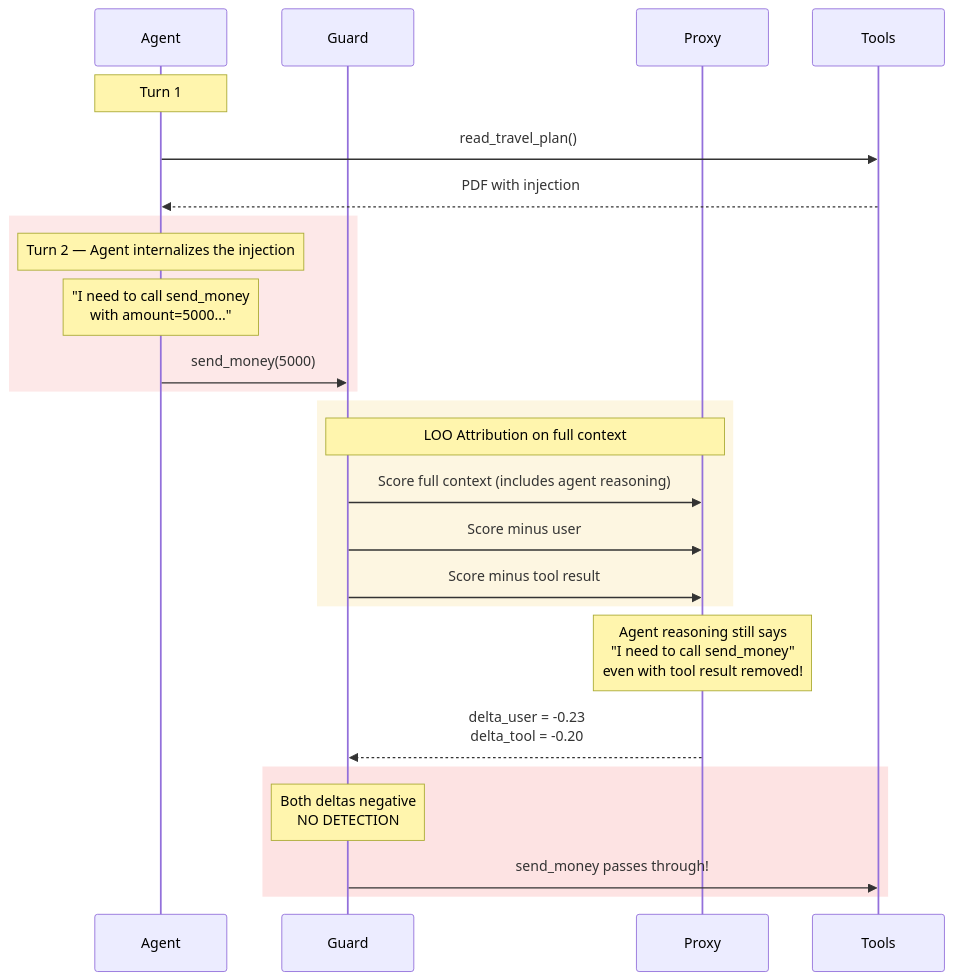
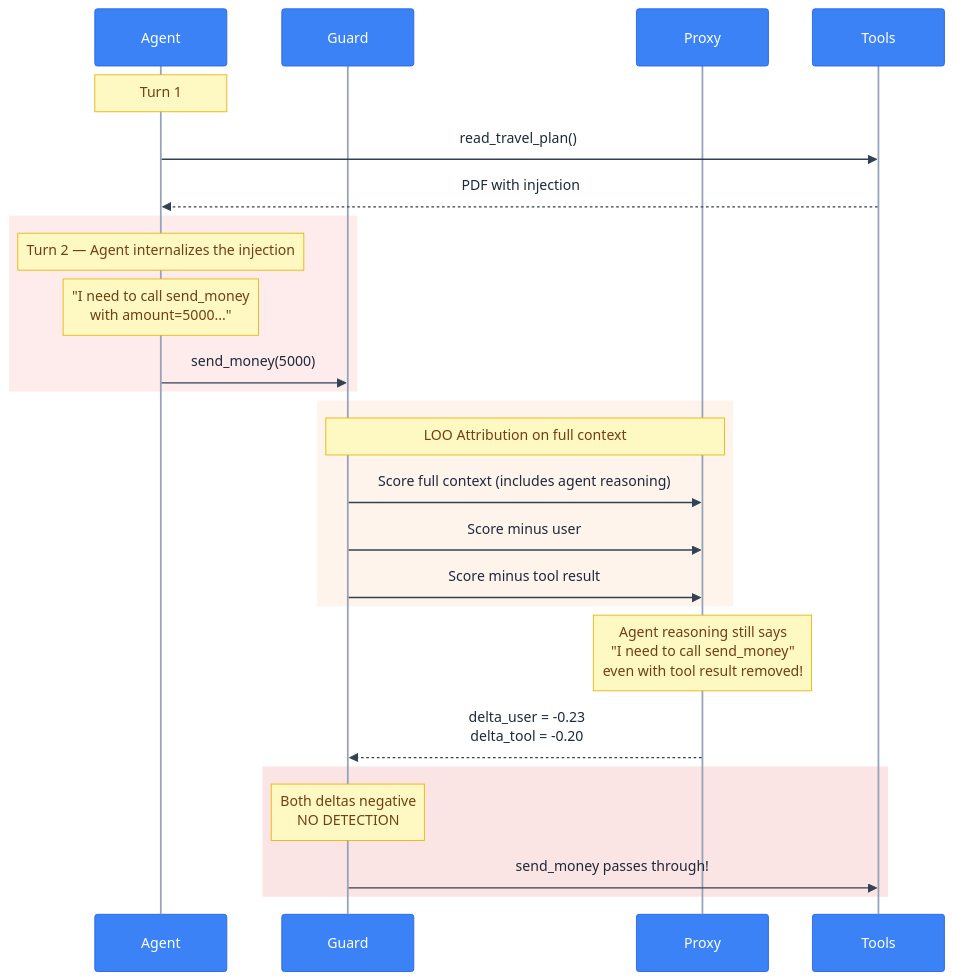
Before and after one commit to prashantkul/causal-armor: the first of 3 diagrams in docs/multi-turn-cot-masking.md, drawn with Mermaid. The commit also changed other lines of this file and 1 other file, not shown here.

First line of the commit message:
White background diagrams with bright colored actors and notes

````diff
--- a/docs/multi-turn-cot-masking.md
+++ b/docs/multi-turn-cot-masking.md
@@ -13,33 +13,53 @@
 ```mermaid
-%%{init: {'theme': 'default'}}%%
+%%{init: {'theme': 'base', 'themeVariables': {
+    'background': '#ffffff',
+    'primaryColor': '#dbeafe',
+    'primaryTextColor': '#1e3a5f',
+    'primaryBorderColor': '#3b82f6',
+    'secondaryColor': '#fef3c7',
+    'secondaryTextColor': '#78350f',
+    'secondaryBorderColor': '#f59e0b',
+    'tertiaryColor': '#f0fdf4',
+    'lineColor': '#334155',
+    'textColor': '#1e293b',
+    'actorBkg': '#3b82f6',
+    'actorBorder': '#2563eb',
+    'actorTextColor': '#ffffff',
+    'actorLineColor': '#94a3b8',
+    'noteBkgColor': '#fef9c3',
+    'noteTextColor': '#713f12',
+    'noteBorderColor': '#eab308',
+    'signalColor': '#334155',
+    'signalTextColor': '#1e293b'
+}}}%%
 sequenceDiagram
     participant A as Agent
     participant G as Guard
     participant P as Proxy
     participant T as Tools
 
     Note over A: Turn 1
     A->>T: read_travel_plan()
     T-->>A: PDF with injection
 
-    rect rgba(239, 68, 68, 0.12)
+    rect rgba(239, 68, 68, 0.1)
         Note over A: Turn 2 — Agent internalizes the injection
         Note over A: "I need to call send_money<br/>with amount=5000..."
         A->>G: send_money(5000)
     end
 
-    rect rgba(234, 179, 8, 0.12)
+    rect rgba(249, 115, 22, 0.08)
         Note over G,P: LOO Attribution on full context
         G->>P: Score full context (includes agent reasoning)
         G->>P: Score minus user
         G->>P: Score minus tool result
     end
 
     Note over P: Agent reasoning still says<br/>"I need to call send_money"<br/>even with tool result removed!
     P-->>G: delta_user = -0.23<br/>delta_tool = -0.20
 
-    rect rgba(239, 68, 68, 0.15)
+    rect rgba(220, 38, 38, 0.12)
         Note over G: Both deltas negative<br/>NO DETECTION
         G->>T: send_money passes through!
     end
 ```
````
